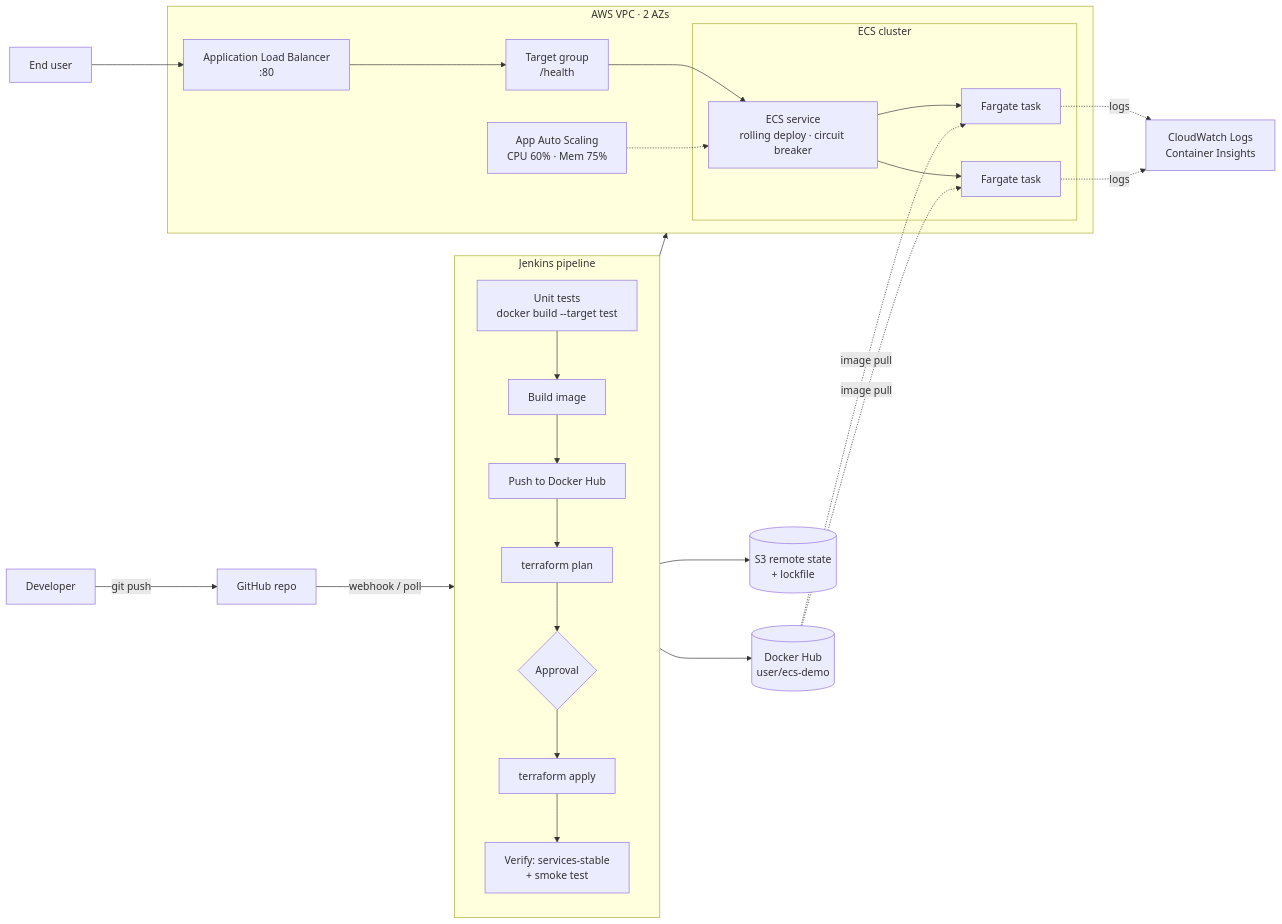
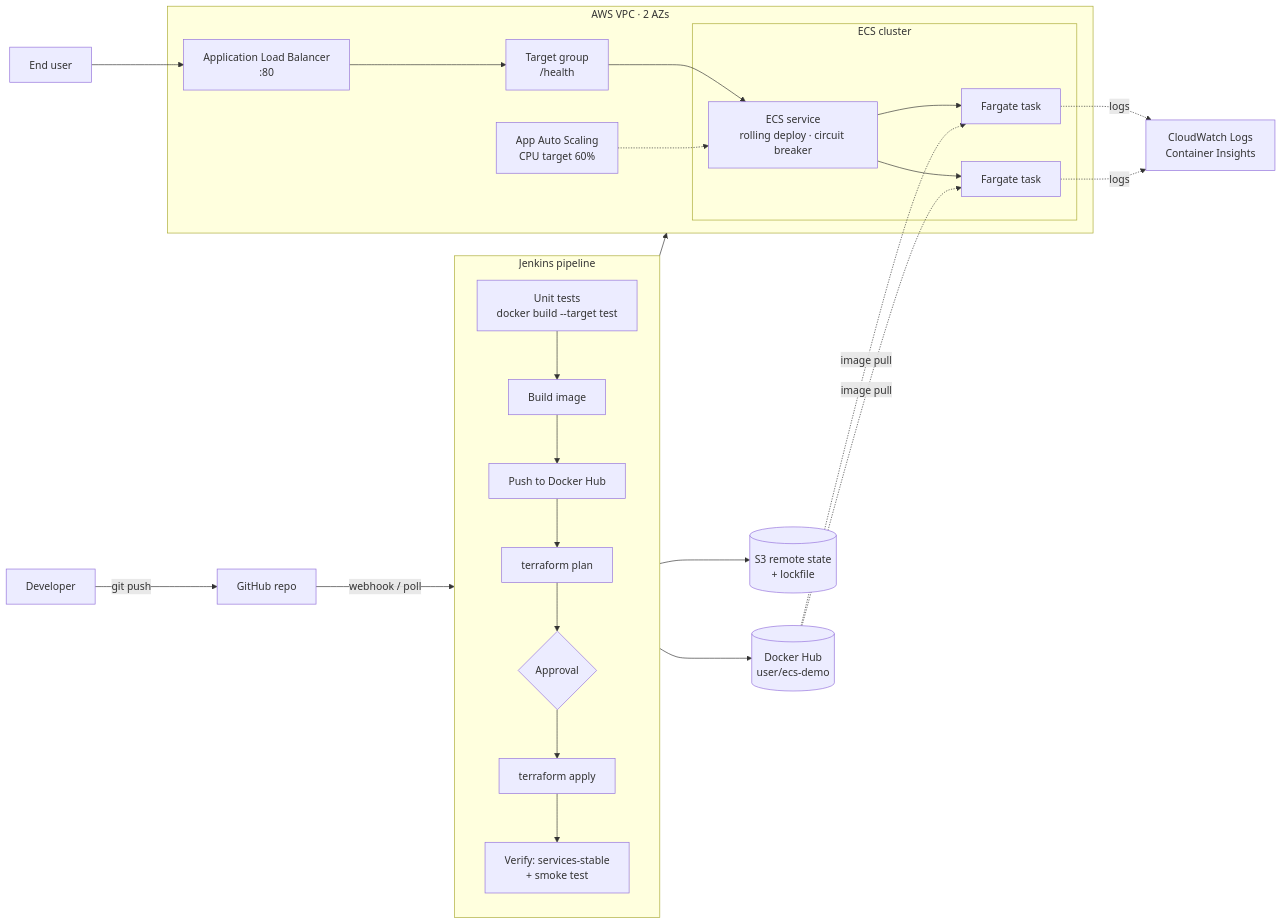
The diagram in README.md (amodarivindu/containerized-application-deploymenet-using-iac), drawn with Mermaid before and after one commit. The commit also changed other lines of this file and 24 other files, not shown here.

````diff
--- a/README.md
+++ b/README.md
@@ -7,33 +7,33 @@
 ```mermaid
 flowchart LR
     dev[Developer] -->|git push| gh[GitHub repo]
     gh -->|webhook / poll| jenkins
 
     subgraph jenkins[Jenkins pipeline]
         direction TB
         t[Unit tests<br/>docker build --target test] --> b[Build image]
         b --> p[Push to Docker Hub]
         p --> plan[terraform plan]
         plan --> ok{Approval}
         ok --> apply[terraform apply]
         apply --> v[Verify: services-stable<br/>+ smoke test]
     end
 
     p --> hub[(Docker Hub<br/>user/ecs-demo)]
     apply --> state[(S3 remote state<br/>+ lockfile)]
 
     subgraph aws[AWS VPC · 2 AZs]
         alb[Application Load Balancer<br/>:80] --> tg[Target group<br/>/health]
         tg --> svc
         subgraph ecs[ECS cluster]
             svc[ECS service<br/>rolling deploy · circuit breaker] --> t1[Fargate task]
             svc --> t2[Fargate task]
         end
-        asg[App Auto Scaling<br/>CPU 60% · Mem 75%] -.-> svc
+        asg[App Auto Scaling<br/>CPU target 60%] -.-> svc
     end
 
     apply --> aws
     hub -.image pull.-> t1 & t2
     t1 & t2 -.logs.-> cw[CloudWatch Logs<br/>Container Insights]
     user[End user] --> alb
 ```
````
